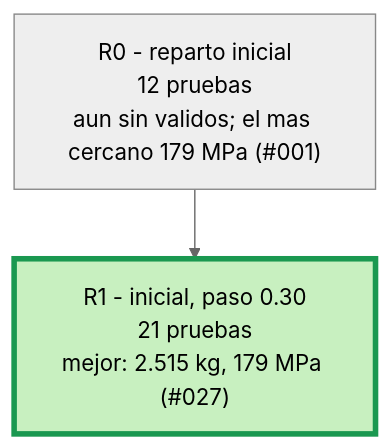
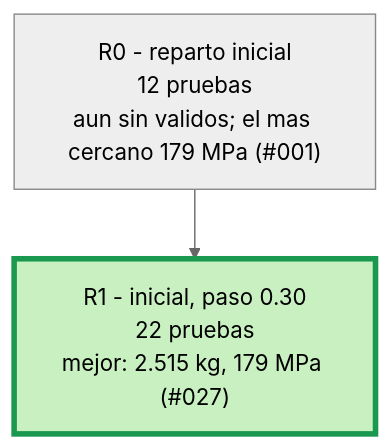
The second of 3 diagrams in runs/opt_37800N/ARBOL.md (Hugiko/msd-soporte-optimizacion), drawn with Mermaid (neutral theme) before and after one commit. The commit also changed 14 other files, not shown here.

````diff
--- a/runs/opt_37800N/ARBOL.md
+++ b/runs/opt_37800N/ARBOL.md
@@ -21,9 +21,9 @@
 ```mermaid
 graph TD
 classDef activa fill:#d6eaff,stroke:#1f6fb5,color:#000
 classDef fin fill:#eeeeee,stroke:#888,color:#000
 classDef mejor fill:#c8f0c0,stroke:#1a9850,stroke-width:4px,color:#000
 R0["R0 - reparto inicial<br/>12 pruebas<br/>aun sin validos; el mas cercano 179 MPa (#001)"]:::fin
-R1["R1 - inicial, paso 0.30<br/>21 pruebas<br/>mejor: 2.515 kg, 179 MPa (#027)"]:::mejor
+R1["R1 - inicial, paso 0.30<br/>22 pruebas<br/>mejor: 2.515 kg, 179 MPa (#027)"]:::mejor
 R0 --> R1
 ```
````
